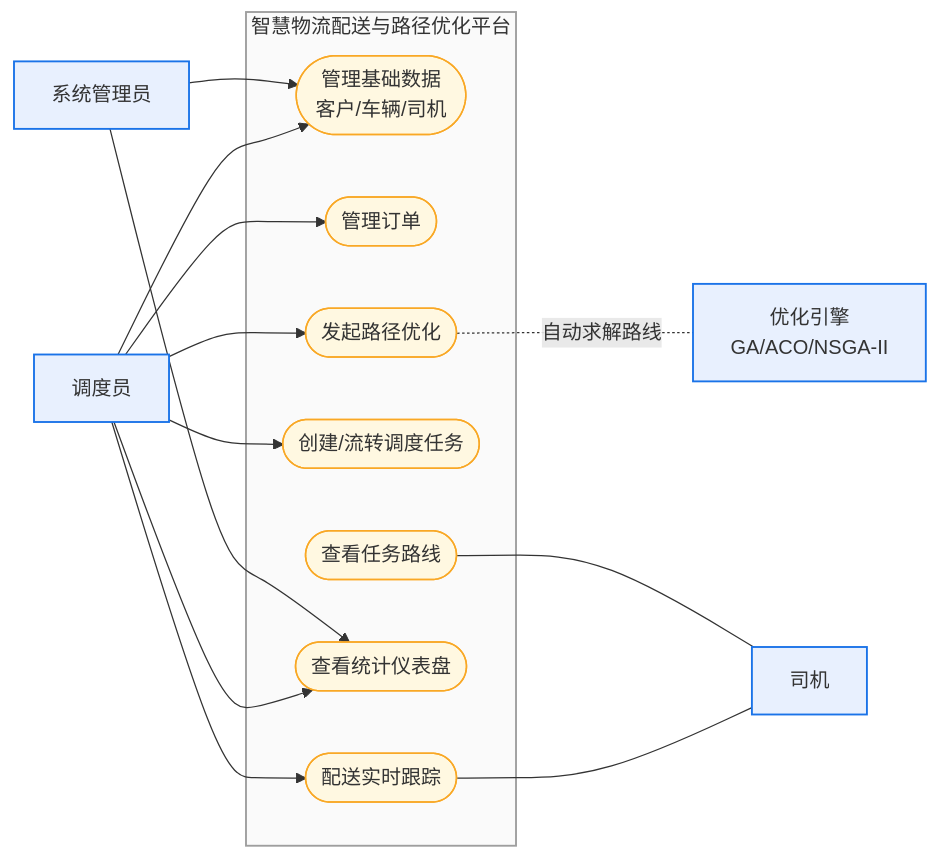
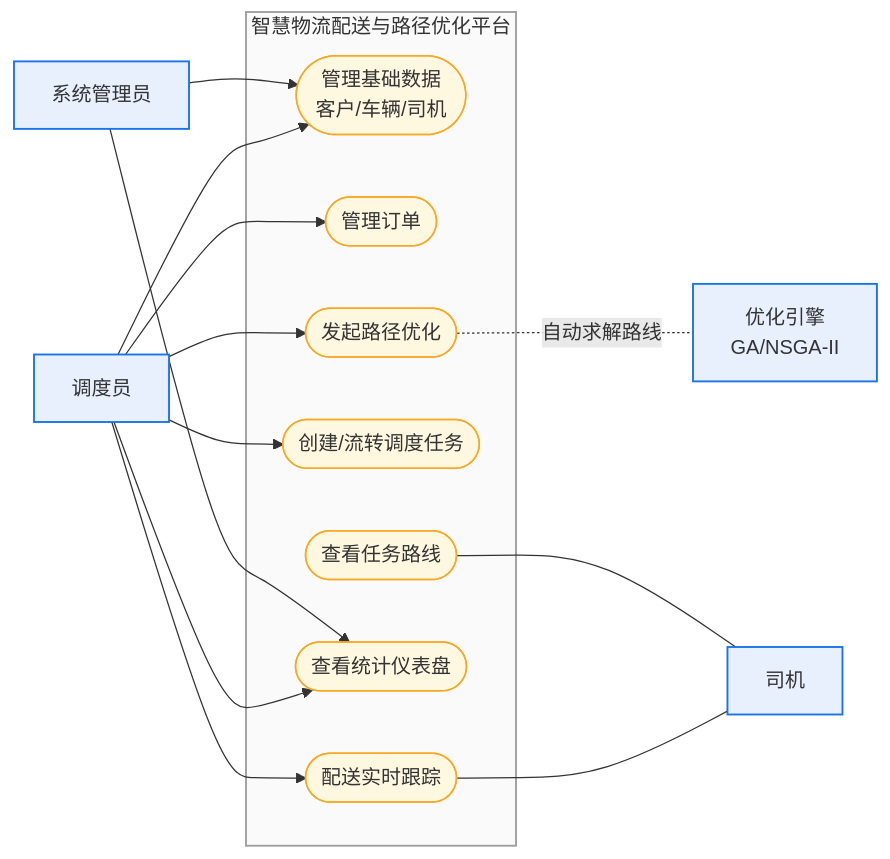
One commit to zhouhuiying123/smart-logistics-platform changed the first of 4 diagrams in docs/01-需求文档.md. Above: the diagram before and after it, drawn with Mermaid. The commit also changed other lines of this file, not shown here.

````diff
--- a/docs/01-需求文档.md
+++ b/docs/01-需求文档.md
@@ -142,32 +142,32 @@
 ```mermaid
 flowchart LR
     Dispatcher[调度员]:::actor
     Admin[系统管理员]:::actor
 
     subgraph sys[智慧物流配送与路径优化平台]
         UC1([管理基础数据<br/>客户/车辆/司机]):::uc
         UC2([管理订单]):::uc
         UC3([发起路径优化]):::uc
         UC4([创建/流转调度任务]):::uc
         UC5([配送实时跟踪]):::uc
         UC6([查看统计仪表盘]):::uc
         UC7([查看任务路线]):::uc
     end
 
     UC5 --- Driver[司机]:::actor
     UC7 --- Driver
-    UC3 -.自动求解路线.- Engine[优化引擎<br/>GA/ACO/NSGA-II]:::actor
+    UC3 -.自动求解路线.- Engine[优化引擎<br/>GA/NSGA-II]:::actor
 
     Dispatcher --> UC1
     Dispatcher --> UC2
     Dispatcher --> UC3
     Dispatcher --> UC4
     Dispatcher --> UC5
     Dispatcher --> UC6
     Admin --> UC1
     Admin --> UC6
 
     classDef actor fill:#E8F0FE,stroke:#1A73E8,stroke-width:1.5px
     classDef uc fill:#FFF8E1,stroke:#F9A825,stroke-width:1.2px
     style sys fill:#FAFAFA,stroke:#9E9E9E,stroke-width:1.5px
 ```
````
